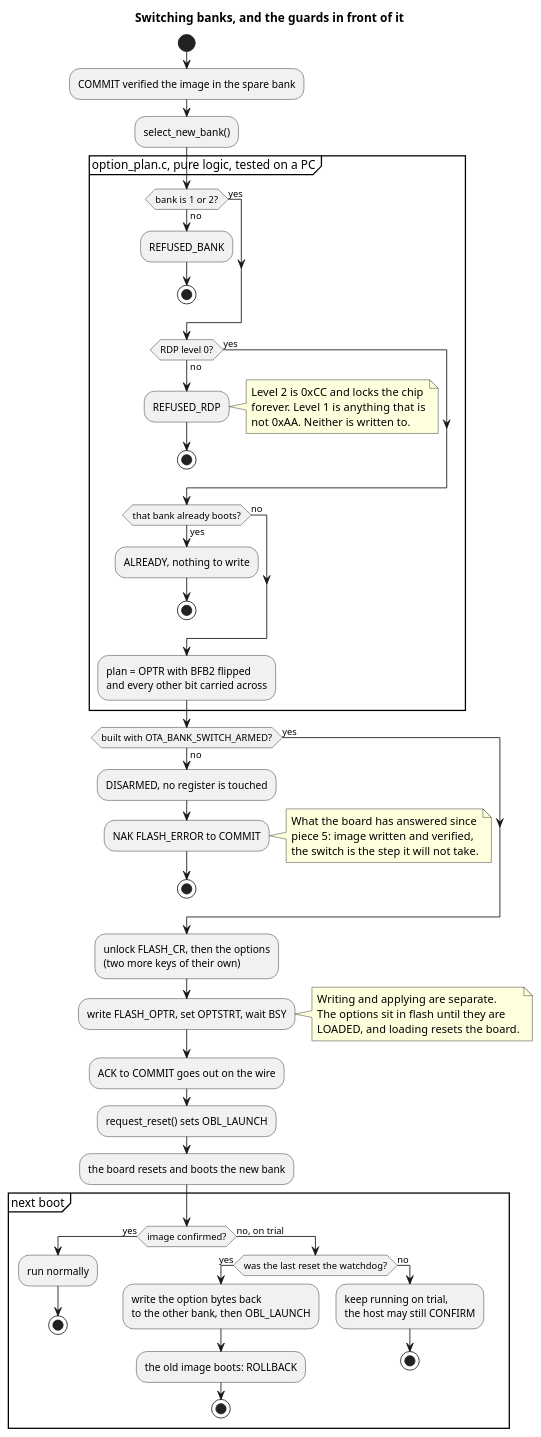
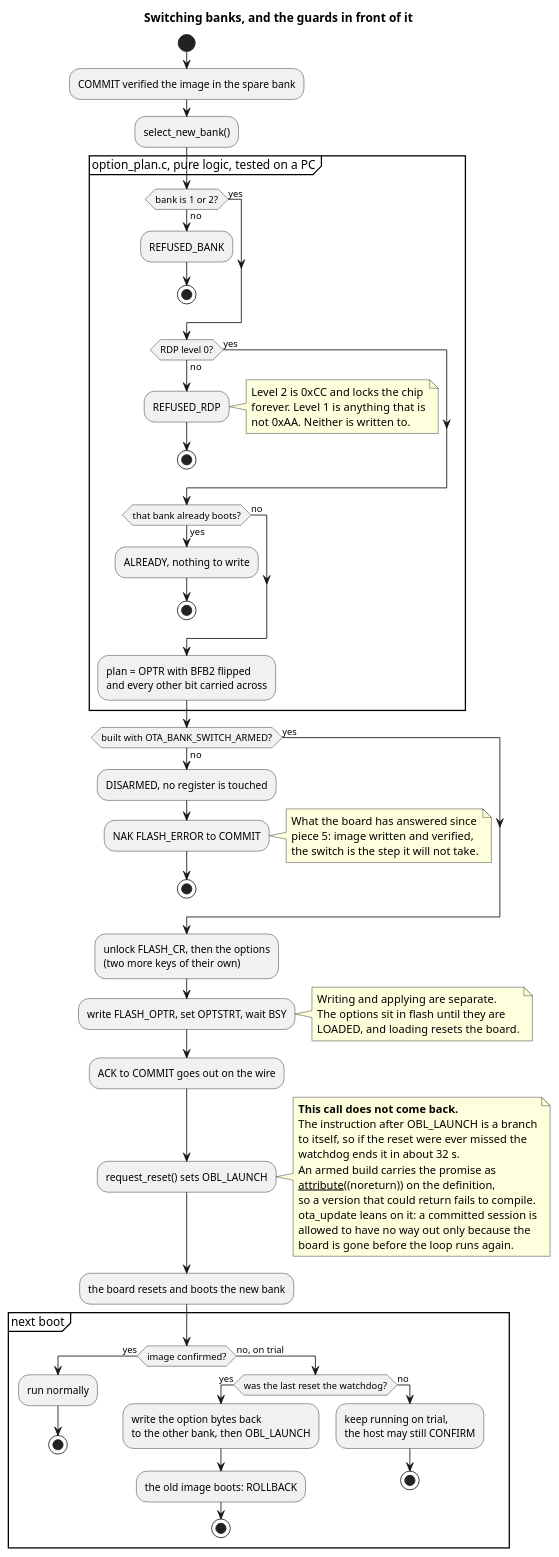
Before and after one commit to bogdanbaloi/hmi-edge-node: the diagram in docs/uml/bank-switch.puml, drawn with PlantUML. The commit also changed 2 other files, not shown here.

Commit message:
Make the launch's promise something the compiler checks
- The header already said this call never comes back, which is the only
  reason the update machine may leave a session committed with no way out
- Measured first: delete the endless loop and the build stayed silent, so
  the promise rested on nobody ever touching that function
- The attribute is conditional because the promise is, since a disarmed
  build writes no option bytes and really does return
- Costs nothing, the generated instructions are identical to today's

```diff
--- a/docs/uml/bank-switch.puml
+++ b/docs/uml/bank-switch.puml
@@ -1,77 +1,89 @@
 @startuml bank-switch
 ' The one irreversible corner of this project: the option bytes. Grounded in
 ' Src/option_plan.c, Src/option_bytes.c, Src/ota_port.c and Src/main.c
 ' (roll_back_a_trial_image_that_hung), with RM0351 Rev 9 section 3.4.
 
 title Switching banks, and the guards in front of it
 
 skinparam shadowing false
 
 start
 :COMMIT verified the image in the spare bank;
 :select_new_bank();
 
 partition "option_plan.c, pure logic, tested on a PC" {
   if (bank is 1 or 2?) then (no)
     :REFUSED_BANK;
     stop
   else (yes)
   endif
   if (RDP level 0?) then (no)
     :REFUSED_RDP;
     note right
       Level 2 is 0xCC and locks the chip
       forever. Level 1 is anything that is
       not 0xAA. Neither is written to.
     end note
     stop
   else (yes)
   endif
   if (that bank already boots?) then (yes)
     :ALREADY, nothing to write;
     stop
   else (no)
   endif
   :plan = OPTR with BFB2 flipped\nand every other bit carried across;
 }
 
 if (built with OTA_BANK_SWITCH_ARMED?) then (no)
   :DISARMED, no register is touched;
   :NAK FLASH_ERROR to COMMIT;
   note right
     What the board has answered since
     piece 5: image written and verified,
     the switch is the step it will not take.
   end note
   stop
 else (yes)
 endif
 
 :unlock FLASH_CR, then the options\n(two more keys of their own);
 :write FLASH_OPTR, set OPTSTRT, wait BSY;
 note right
   Writing and applying are separate.
   The options sit in flash until they are
   LOADED, and loading resets the board.
 end note
 :ACK to COMMIT goes out on the wire;
 :request_reset() sets OBL_LAUNCH;
+note right
+  **This call does not come back.**
+  The instruction after OBL_LAUNCH is a branch
+  to itself, so if the reset were ever missed the
+  watchdog ends it in about 32 s.
+  An armed build carries the promise as
+  __attribute__((noreturn)) on the definition,
+  so a version that could return fails to compile.
+  ota_update leans on it: a committed session is
+  allowed to have no way out only because the
+  board is gone before the loop runs again.
+end note
 :the board resets and boots the new bank;
 
 partition "next boot" {
   if (image confirmed?) then (yes)
     :run normally;
     stop
   else (no, on trial)
     if (was the last reset the watchdog?) then (yes)
       :write the option bytes back\nto the other bank, then OBL_LAUNCH;
       :the old image boots: ROLLBACK;
       stop
     else (no)
       :keep running on trial,\nthe host may still CONFIRM;
       stop
     endif
   endif
 }
 
 @enduml
```
